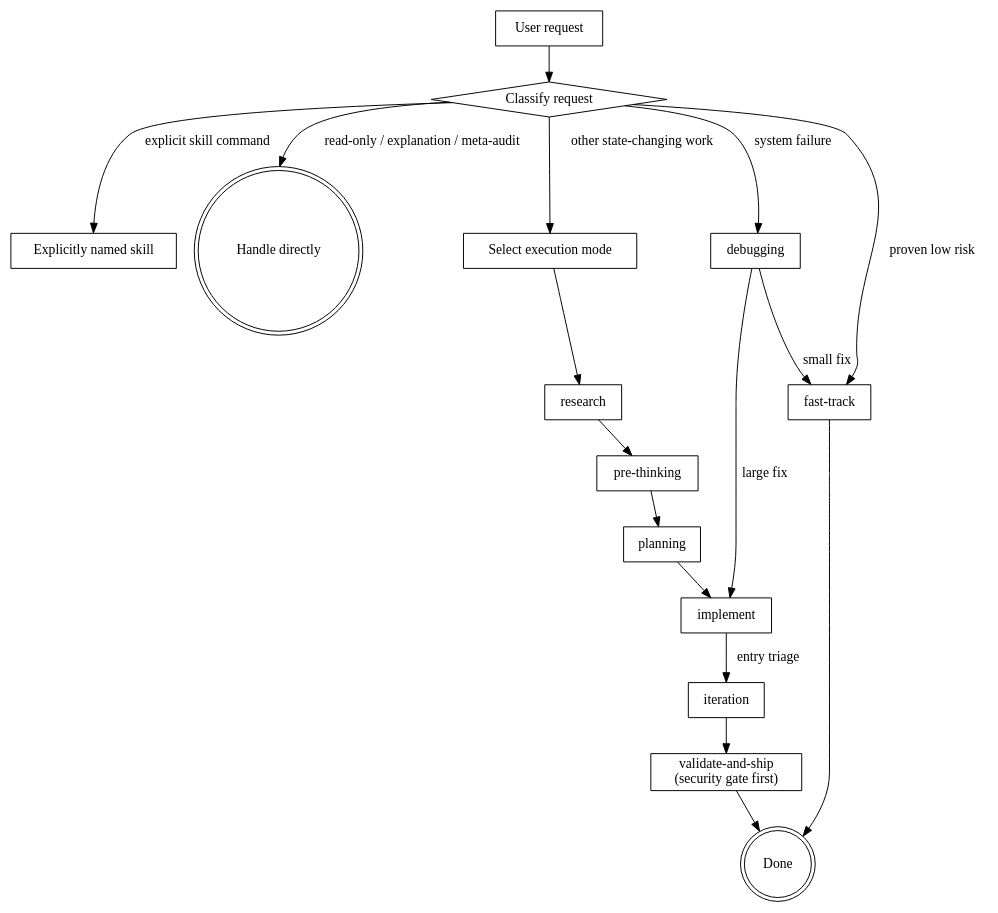
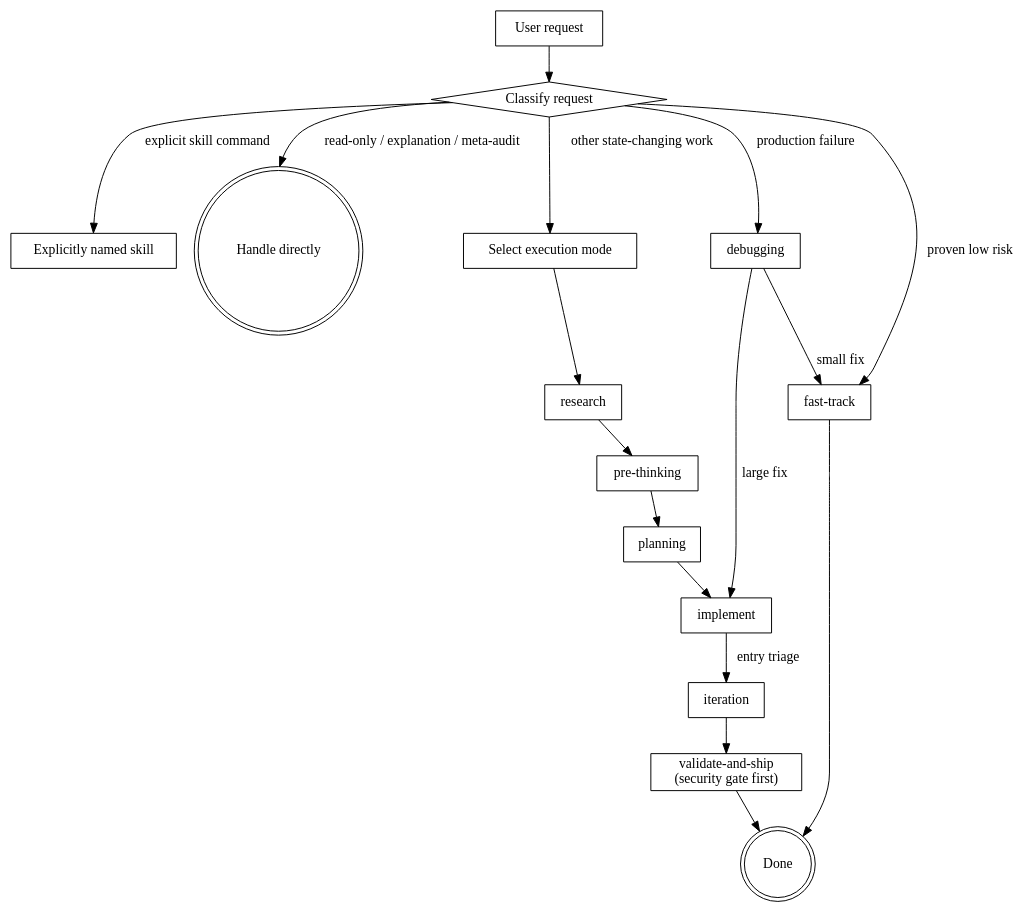
Before and after one commit to roymondliao/samsara: the diagram in skills/samsara-bootstrap/SKILL.md, drawn with Graphviz. The commit also changed other lines of this file and 1 other file, not shown here.

````diff
--- a/skills/samsara-bootstrap/SKILL.md
+++ b/skills/samsara-bootstrap/SKILL.md
@@ -126,39 +131,39 @@
 ```dot
 digraph samsara_routing {
     rankdir=TB;
     node [shape=box];
 
     request [label="User request"];
     classify [label="Classify request" shape=diamond];
     named [label="Explicitly named skill"];
     direct [label="Handle directly" shape=doublecircle];
     mode [label="Select execution mode"];
     research [label="research"];
     prethinking [label="pre-thinking"];
     planning [label="planning"];
     implement [label="implement"];
     iteration [label="iteration"];
     validate [label="validate-and-ship\n(security gate first)"];
     fasttrack [label="fast-track"];
     debugging [label="debugging"];
     done [label="Done" shape=doublecircle];
 
     request -> classify;
     classify -> named [label="explicit skill command"];
     classify -> direct [label="read-only / explanation / meta-audit"];
-    classify -> debugging [label="system failure"];
+    classify -> debugging [label="production failure"];
     classify -> fasttrack [label="proven low risk"];
     classify -> mode [label="other state-changing work"];
     mode -> research;
 
     research -> prethinking;
     prethinking -> planning;
     planning -> implement;
     implement -> iteration [label="entry triage"];
     iteration -> validate;
     validate -> done;
     fasttrack -> done;
     debugging -> fasttrack [label="small fix"];
     debugging -> implement [label="large fix"];
 }
 ```
````
